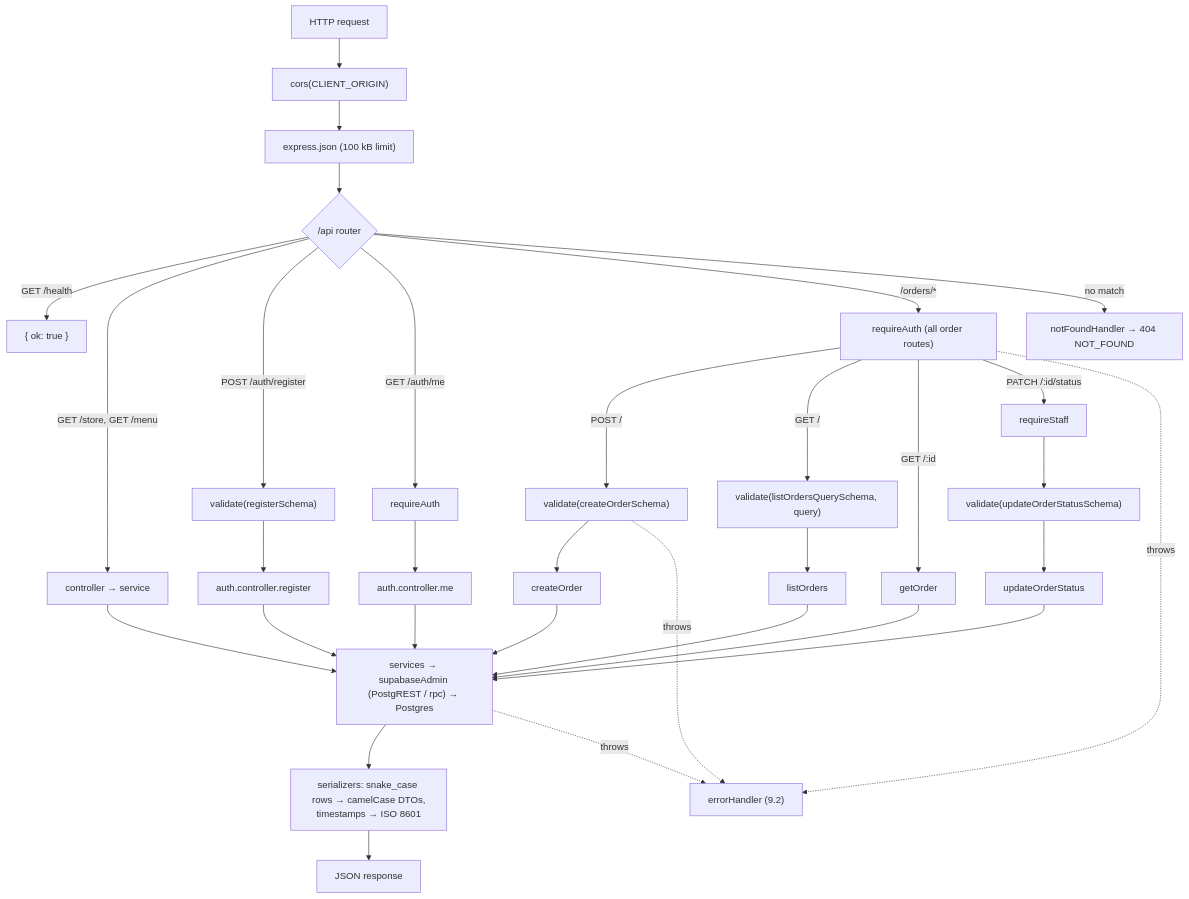
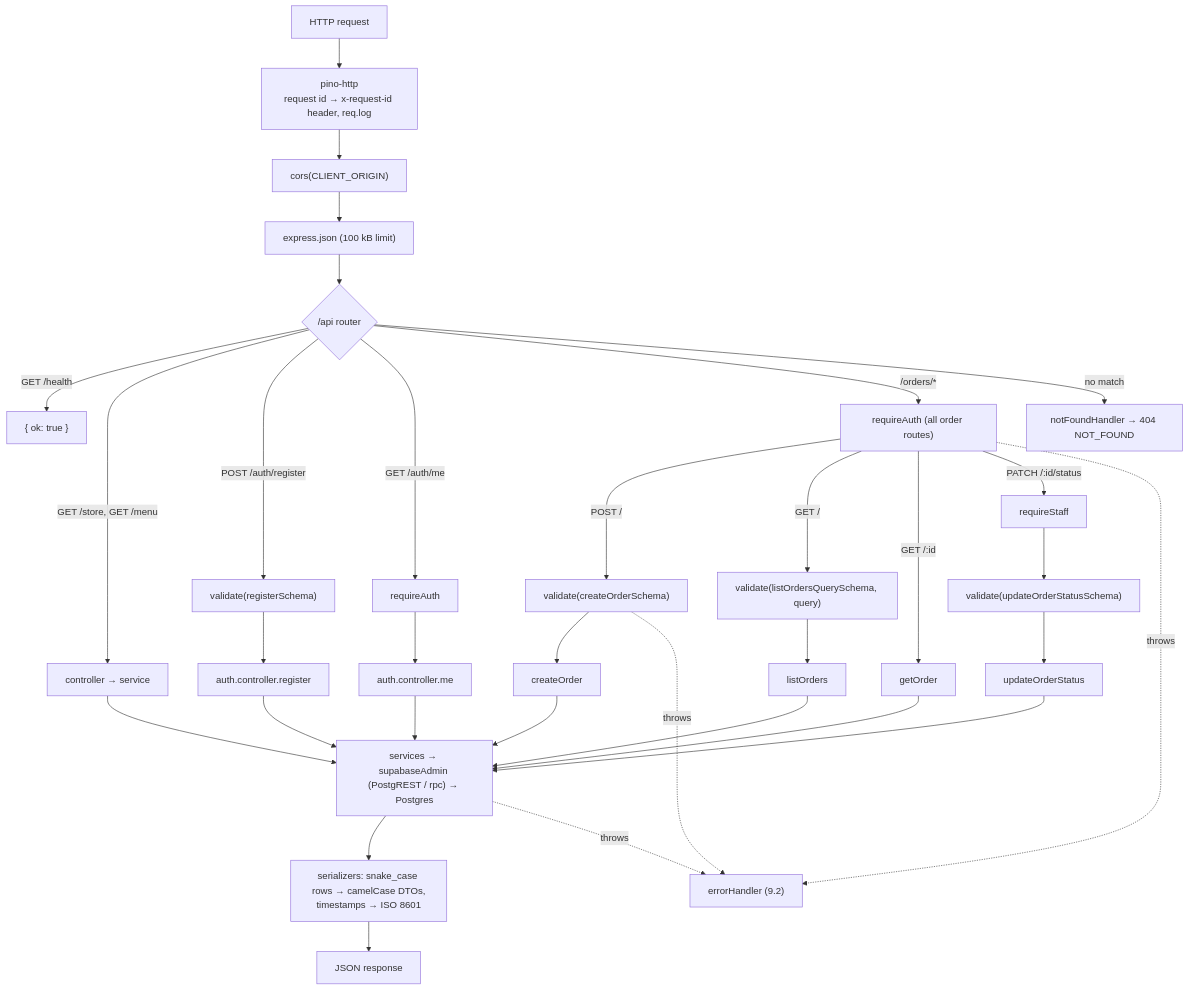
Diagram 25 of 27 in docs/ARCHITECTURE.md (The-KhaNha/KhaNha), drawn with Mermaid before and after one commit. The commit also changed other lines of this file and 168 other files, not shown here.

````diff
--- a/docs/ARCHITECTURE.md
+++ b/docs/ARCHITECTURE.md
@@ -809,28 +828,29 @@
 ```mermaid
 flowchart TD
-  Req["HTTP request"] --> Cors["cors(CLIENT_ORIGIN)"]
+  Req["HTTP request"] --> Pino["pino-http<br/>request id → x-request-id header, req.log"]
+  Pino --> Cors["cors(CLIENT_ORIGIN)"]
   Cors --> Json["express.json (100 kB limit)"]
   Json --> Router{"/api router"}
   Router -->|"GET /health"| Health["{ ok: true }"]
   Router -->|"GET /store, GET /menu"| Public["controller → service"]
   Router -->|"POST /auth/register"| ValReg["validate(registerSchema)"] --> RegCtl["auth.controller.register"]
   Router -->|"GET /auth/me"| AuthMe["requireAuth"] --> MeCtl["auth.controller.me"]
   Router -->|"/orders/*"| AuthO["requireAuth (all order routes)"]
   AuthO -->|"POST /"| ValC["validate(createOrderSchema)"] --> CCtl["createOrder"]
   AuthO -->|"GET /"| ValQ["validate(listOrdersQuerySchema, query)"] --> LCtl["listOrders"]
   AuthO -->|"GET /:id"| GCtl["getOrder"]
   AuthO -->|"PATCH /:id/status"| Staff["requireStaff"] --> ValS["validate(updateOrderStatusSchema)"] --> UCtl["updateOrderStatus"]
   Public --> Svc["services → supabaseAdmin (PostgREST / rpc) → Postgres"]
   RegCtl --> Svc
   MeCtl --> Svc
   CCtl --> Svc
   LCtl --> Svc
   GCtl --> Svc
   UCtl --> Svc
   Svc --> Ser["serializers: snake_case rows → camelCase DTOs,<br/>timestamps → ISO 8601"]
   Ser --> Res["JSON response"]
   Router -->|"no match"| NF["notFoundHandler → 404 NOT_FOUND"]
   Svc -. "throws" .-> EH["errorHandler (9.2)"]
   AuthO -. "throws" .-> EH
   ValC -. "throws" .-> EH
 ```
````
